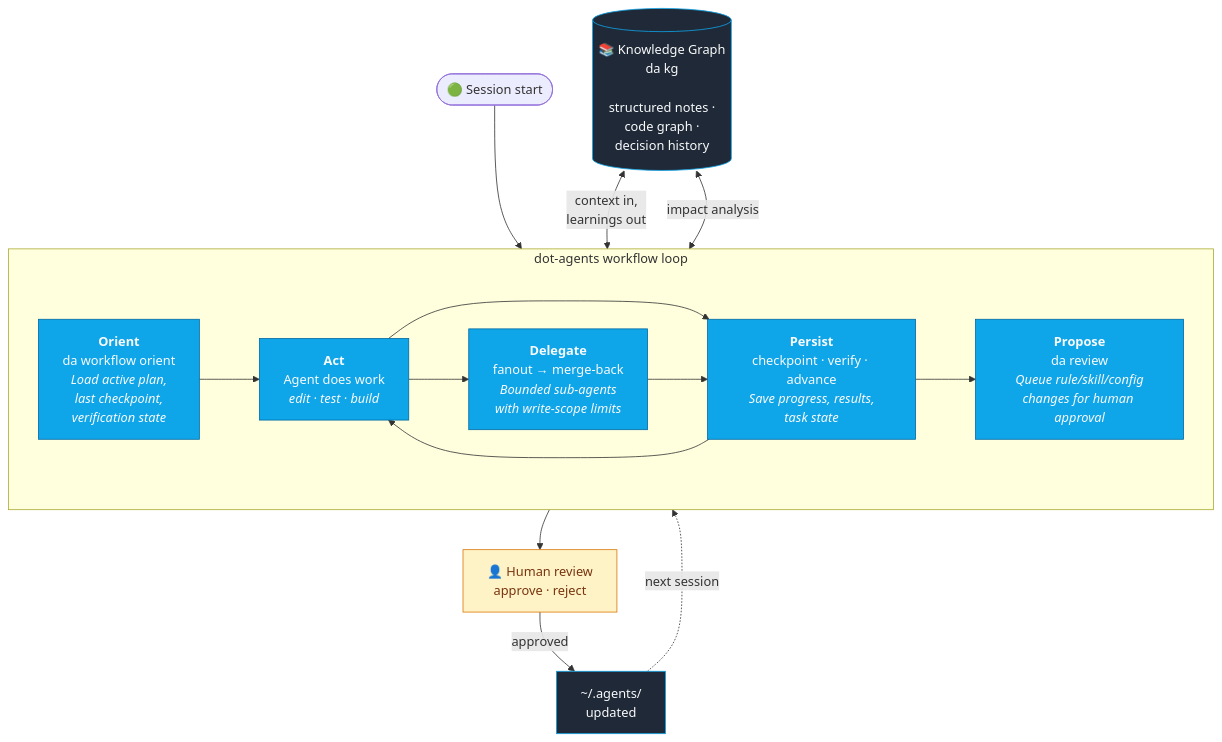
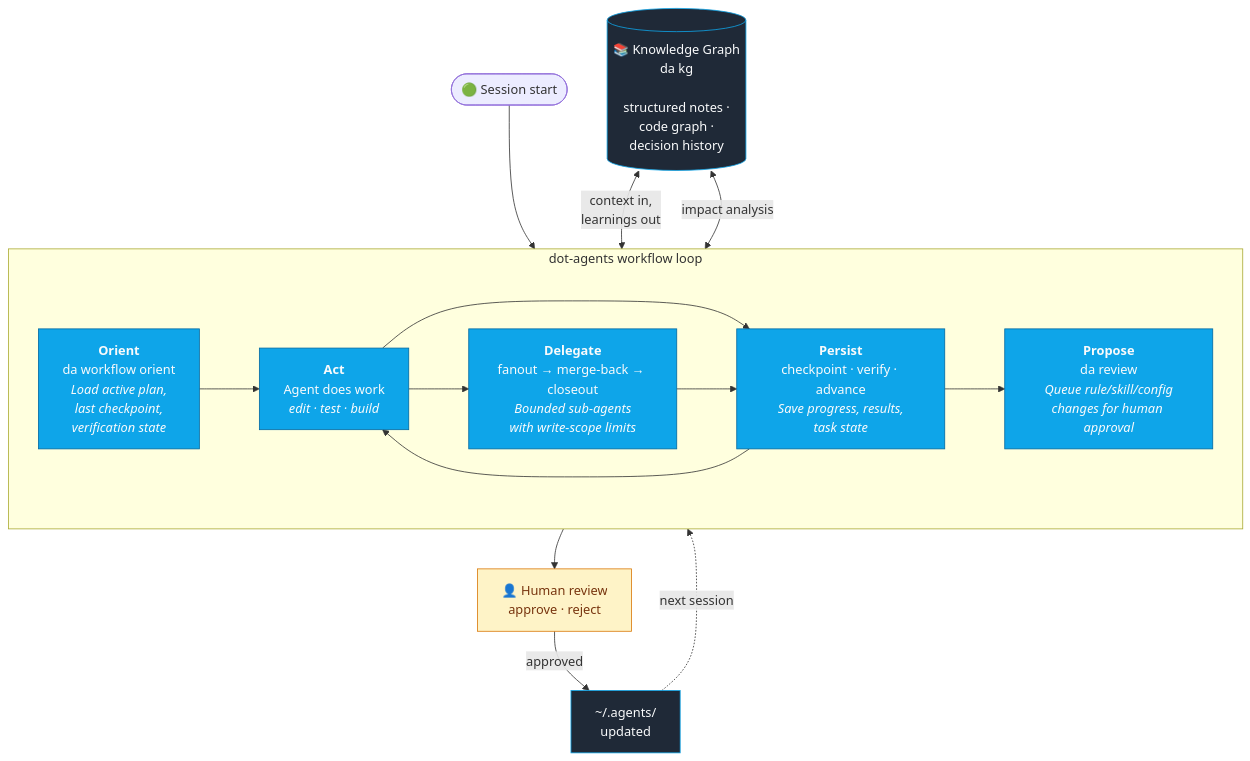
Before and after one commit to AGOrcha/dot-agents: the second of 2 diagrams in docs/DEMO_DIAGRAM.md, drawn with Mermaid. The commit also changed other lines of this file, not shown here.

First line of the commit message:
docs(demo): refresh DEMO_DIAGRAM for current closeout/verifier shape

````diff
--- a/docs/DEMO_DIAGRAM.md
+++ b/docs/DEMO_DIAGRAM.md
@@ -71,38 +86,38 @@
 ```mermaid
 flowchart TB
     Start(["🟢 Session start"])
 
     subgraph Loop["dot-agents workflow loop"]
         direction LR
         Orient["<b>Orient</b><br/>da workflow orient<br/><i>Load active plan,<br/>last checkpoint,<br/>verification state</i>"]
         Act["<b>Act</b><br/>Agent does work<br/><i>edit · test · build</i>"]
         Persist["<b>Persist</b><br/>checkpoint · verify · advance<br/><i>Save progress, results,<br/>task state</i>"]
-        Delegate["<b>Delegate</b><br/>fanout → merge-back<br/><i>Bounded sub-agents<br/>with write-scope limits</i>"]
+        Delegate["<b>Delegate</b><br/>fanout → merge-back → closeout<br/><i>Bounded sub-agents<br/>with write-scope limits</i>"]
         Propose["<b>Propose</b><br/>da review<br/><i>Queue rule/skill/config<br/>changes for human approval</i>"]
     end
 
     KG[("📚 Knowledge Graph<br/>da kg<br/><br/>structured notes ·<br/>code graph ·<br/>decision history")]
 
     Human["👤 Human review<br/>approve · reject"]
 
     Start --> Orient
     Orient --> Act
     Act --> Persist
     Persist --> Act
     Act --> Delegate
     Delegate --> Persist
     Persist --> Propose
     Propose --> Human
     Human -->|approved| Canonical2["~/.agents/<br/>updated"]
     Canonical2 -.->|next session| Orient
 
     KG <-->|context in,<br/>learnings out| Orient
     KG <-->|impact analysis| Act
 
     classDef step fill:#0ea5e9,stroke:#0369a1,color:#f9fafb
     classDef store fill:#1f2937,stroke:#0ea5e9,color:#f9fafb
     classDef human fill:#fef3c7,stroke:#d97706,color:#78350f
     class Orient,Act,Persist,Delegate,Propose step
     class KG,Canonical2 store
     class Human human
 ```
````
